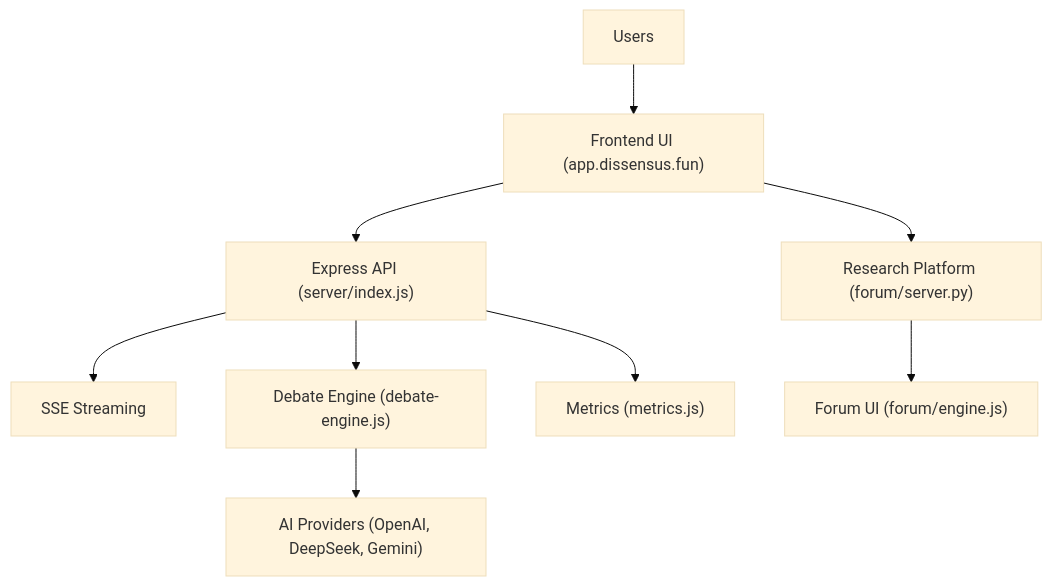
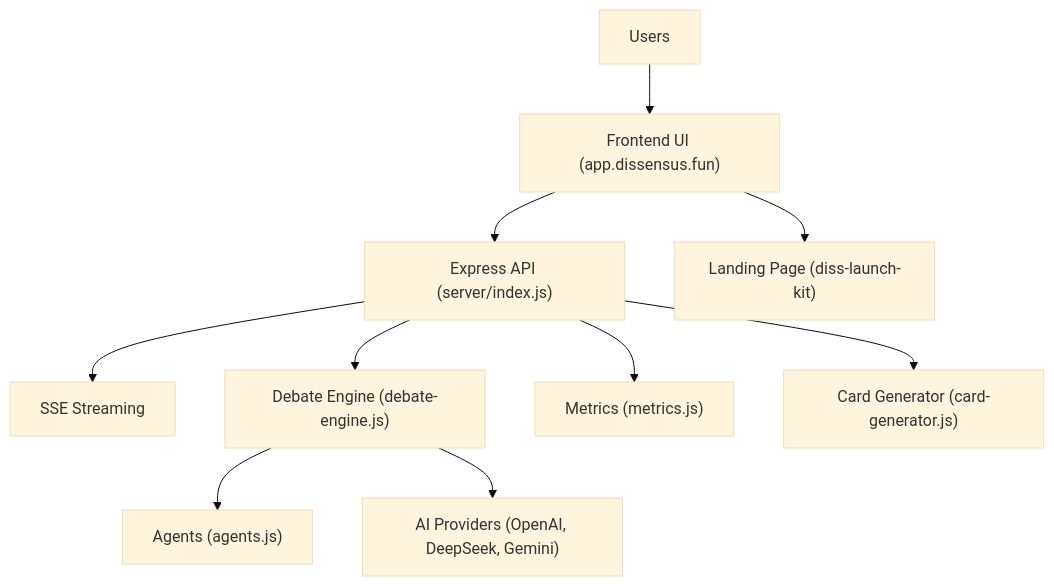
One commit to RunTimeAdmin/tri-ai changed the second of 11 diagrams in .qoder/repowiki/en/content/System Architecture/System Architecture.md. Above: the diagram before and after it, drawn with Mermaid (base theme). The commit also changed other lines of this file and 21 other files, not shown here.

````diff
--- a/.qoder/repowiki/en/content/System Architecture/System Architecture.md
+++ b/.qoder/repowiki/en/content/System Architecture/System Architecture.md
@@ -131,11 +132,12 @@
 ```mermaid
 graph TB
 Internet["Users"] --> FE_UI["Frontend UI (app.dissensus.fun)"]
 FE_UI --> API["Express API (server/index.js)"]
 API --> SSE["SSE Streaming"]
 API --> ORCH["Debate Engine (debate-engine.js)"]
 API --> METRICS["Metrics (metrics.js)"]
+API --> CARD["Card Generator (card-generator.js)"]
+ORCH --> AGENTS["Agents (agents.js)"]
 ORCH --> AI_Providers["AI Providers (OpenAI, DeepSeek, Gemini)"]
-FE_UI --> RESEARCH["Research Platform (forum/server.py)"]
-RESEARCH --> RESEARCH_UI["Forum UI (forum/engine.js)"]
+FE_UI --> LANDING["Landing Page (diss-launch-kit)"]
 ```
````
